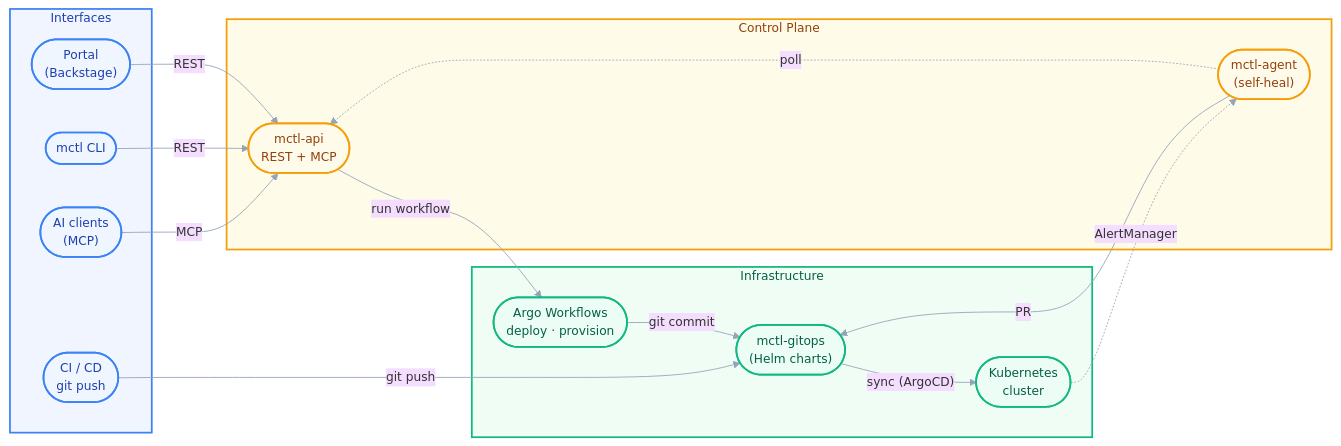
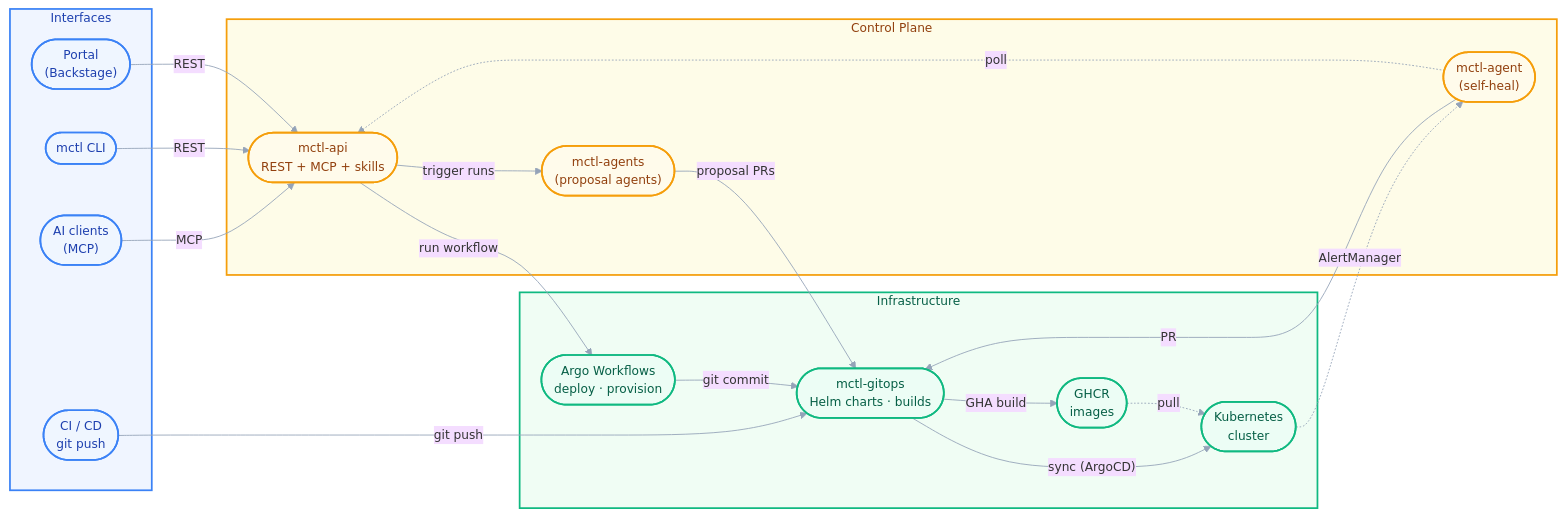
Before and after one commit to mctlhq/.github: the first of 2 diagrams in profile/README.md, drawn with Mermaid. The commit also changed other lines of this file and 6 other files, not shown here.

First line of the commit message:
docs: refresh org profile — agents ecosystem, skills, diagrams, repo hygiene

````diff
--- a/profile/README.md
+++ b/profile/README.md
@@ -81,40 +87,46 @@
 ```mermaid
 %%{init: {'theme': 'base', 'themeVariables': {'lineColor': '#94a3b8', 'fontSize': '14px'}}}%%
 graph LR
   classDef iface fill:#eff6ff,stroke:#3b82f6,stroke-width:2px,color:#1e40af
   classDef ctrl fill:#fffbeb,stroke:#f59e0b,stroke-width:2px,color:#92400e
   classDef infra fill:#ecfdf5,stroke:#10b981,stroke-width:2px,color:#065f46
 
   subgraph interfaces ["  Interfaces  "]
     Portal(["Portal<br/>(Backstage)"]):::iface
     CLI(["mctl CLI"]):::iface
     AI(["AI clients<br/>(MCP)"]):::iface
     GitOps(["CI / CD<br/>git push"]):::iface
   end
 
   subgraph controlplane ["  Control Plane  "]
-    API(["mctl-api<br/>REST + MCP"]):::ctrl
+    API(["mctl-api<br/>REST + MCP + skills"]):::ctrl
     Agent(["mctl-agent<br/>(self-heal)"]):::ctrl
+    Agents(["mctl-agents<br/>(proposal agents)"]):::ctrl
   end
 
   subgraph infra_group ["  Infrastructure  "]
     Argo(["Argo Workflows<br/>deploy · provision"]):::infra
-    Gitops(["mctl-gitops<br/>(Helm charts)"]):::infra
+    Gitops(["mctl-gitops<br/>Helm charts · builds"]):::infra
+    GHCR(["GHCR<br/>images"]):::infra
     K8s(["Kubernetes<br/>cluster"]):::infra
   end
 
   Portal -- REST --> API
   CLI -- REST --> API
   AI -- MCP --> API
   API -- run workflow --> Argo
   Argo -- git commit --> Gitops
   Gitops -- "sync (ArgoCD)" --> K8s
+  Gitops -- "GHA build" --> GHCR
+  GHCR -. pull .-> K8s
   GitOps -- git push --> Gitops
   Agent -- PR --> Gitops
   Agent -. poll .-> API
+  API -- trigger runs --> Agents
+  Agents -- proposal PRs --> Gitops
   K8s -. "AlertManager" .-> Agent
 
   style interfaces fill:#f0f5ff,stroke:#3b82f6,stroke-width:2px,color:#1e40af
   style controlplane fill:#fefce8,stroke:#f59e0b,stroke-width:2px,color:#92400e
   style infra_group fill:#f0fdf4,stroke:#10b981,stroke-width:2px,color:#065f46
 ```
````
